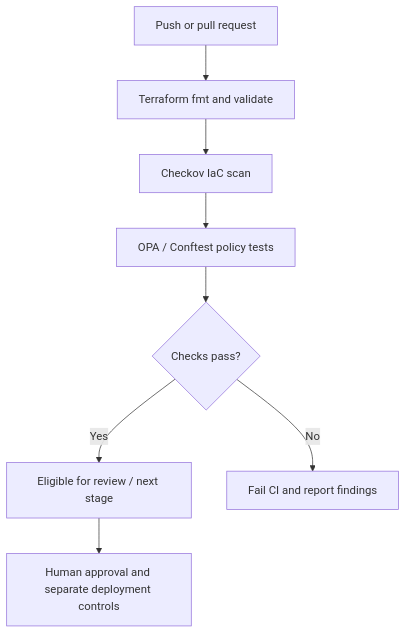
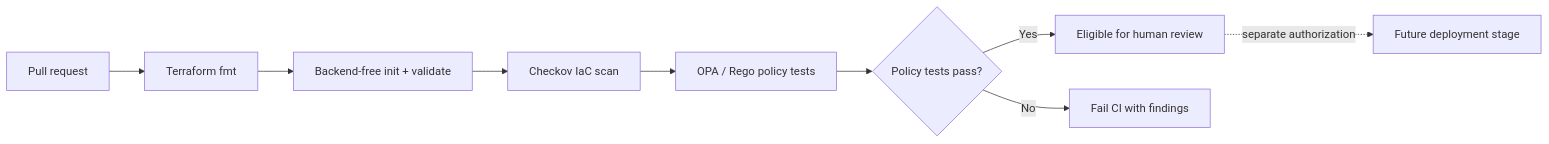
One commit to haqueamir70-coder/terraform-security-policy-gate changed the diagram in README.md. Above: the diagram before and after it, drawn with Mermaid. The commit also changed other lines of this file, not shown here.

````diff
--- a/README.md
+++ b/README.md
@@ -40,10 +25,11 @@
 ```mermaid
-flowchart TD
-  A[Push or pull request] --> B[Terraform fmt and validate]
-  B --> C[Checkov IaC scan]
-  C --> D[OPA / Conftest policy tests]
-  D --> E{Checks pass?}
-  E -->|Yes| F[Eligible for review / next stage]
-  E -->|No| G[Fail CI and report findings]
-  F --> H[Human approval and separate deployment controls]
+flowchart LR
+  PR[Pull request] --> Fmt[Terraform fmt]
+  Fmt --> Init[Backend-free init + validate]
+  Init --> Checkov[Checkov IaC scan]
+  Checkov --> Conftest[OPA / Rego policy tests]
+  Conftest --> Decision{Policy tests pass?}
+  Decision -->|Yes| Review[Eligible for human review]
+  Decision -->|No| Fail[Fail CI with findings]
+  Review -. separate authorization .-> Deploy[Future deployment stage]
 ```
````
